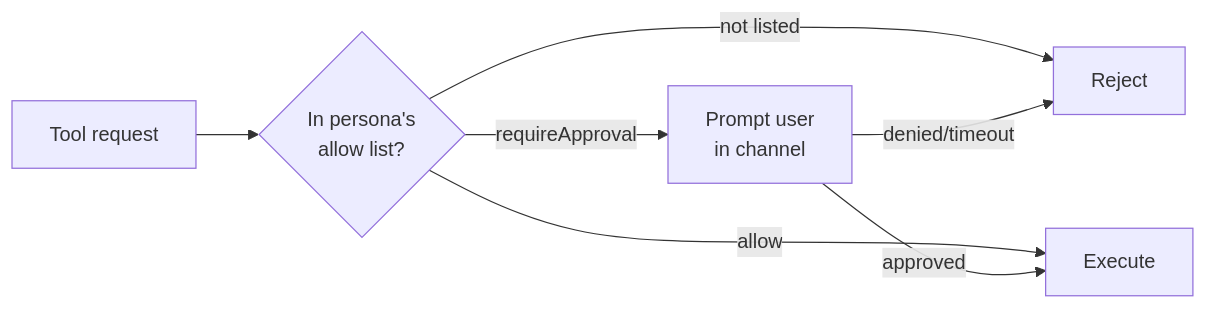
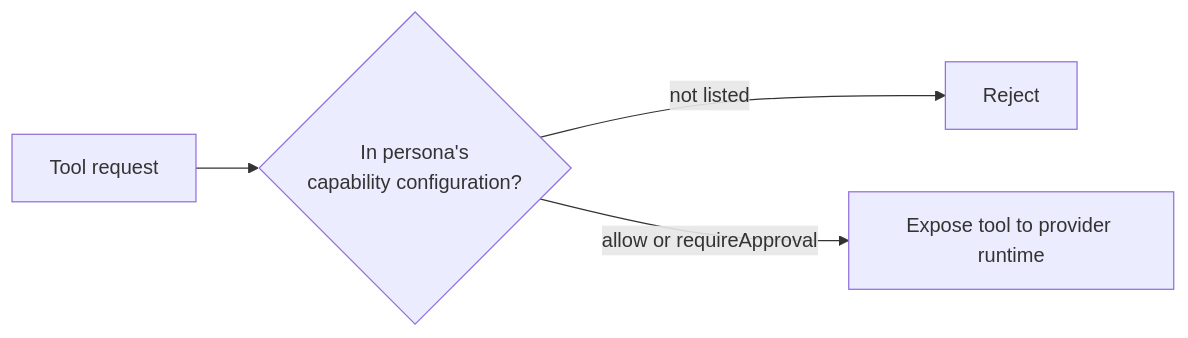
Before and after one commit to ivo-toby/talon: the third of 5 diagrams in README.md, drawn with Mermaid. The commit also changed other lines of this file and 1 other file, not shown here.

````diff
--- a/README.md
+++ b/README.md
@@ -1001,9 +1011,6 @@
 ```mermaid
 flowchart LR
-    A[Tool request] --> B{In persona's<br/>allow list?}
+    A[Tool request] --> B{In persona's<br/>capability configuration?}
     B -->|not listed| C[Reject]
-    B -->|allow| D[Execute]
-    B -->|requireApproval| E[Prompt user<br/>in channel]
-    E -->|approved| D
-    E -->|denied/timeout| C
+    B -->|allow or requireApproval| D[Expose tool to provider runtime]
 ```
````
